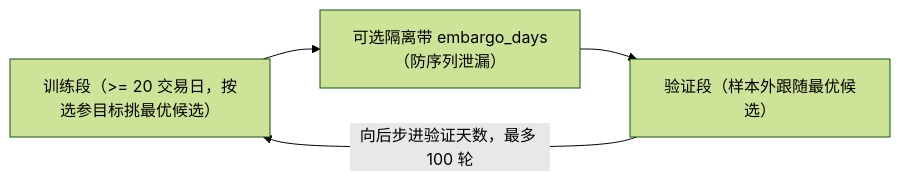
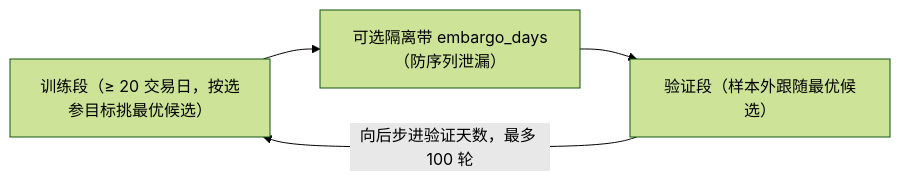
The fifth of 5 diagrams in docs/lab/README.md (isqiwen/asterion-terminal), drawn with Mermaid (forest theme) before and after one commit. The commit also changed other lines of this file and 2 other files, not shown here.

Commit message:
docs: fix warehouse deployment anchor and sanitize Mermaid labels

````diff
--- a/docs/lab/README.md
+++ b/docs/lab/README.md
@@ -146,6 +146,6 @@
 ```mermaid
 flowchart LR
-  Train["训练段（>= 20 交易日，按选参目标挑最优候选）"] --> Embargo["可选隔离带 embargo_days（防序列泄漏）"]
+  Train["训练段（≥ 20 交易日，按选参目标挑最优候选）"] --> Embargo["可选隔离带 embargo_days（防序列泄漏）"]
   Embargo --> Val["验证段（样本外跟随最优候选）"]
   Val -->|向后步进验证天数，最多 100 轮| Train
 ```
````
